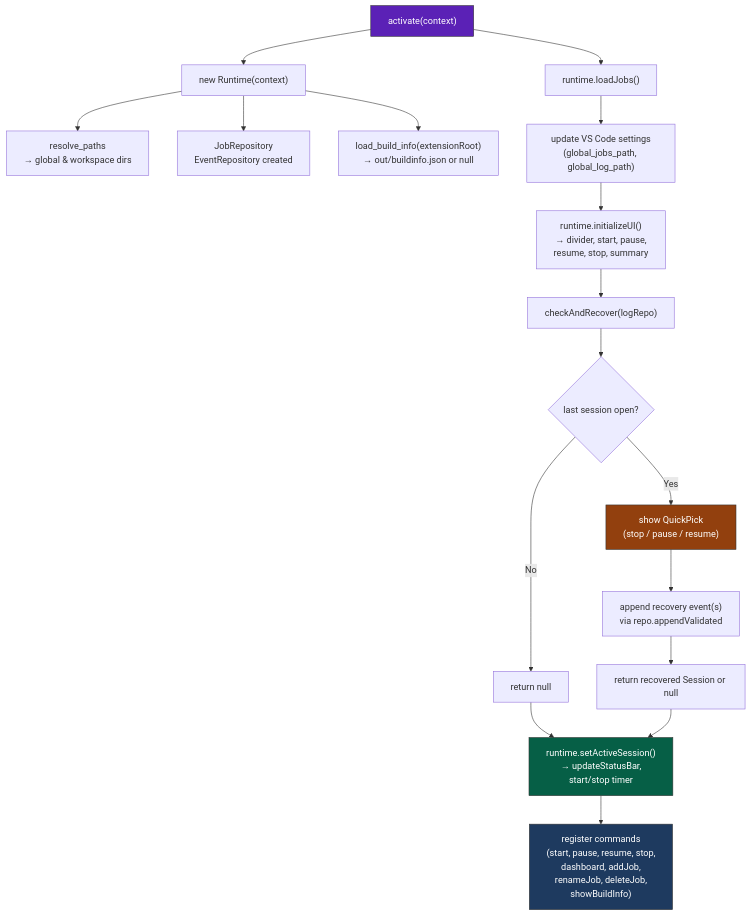
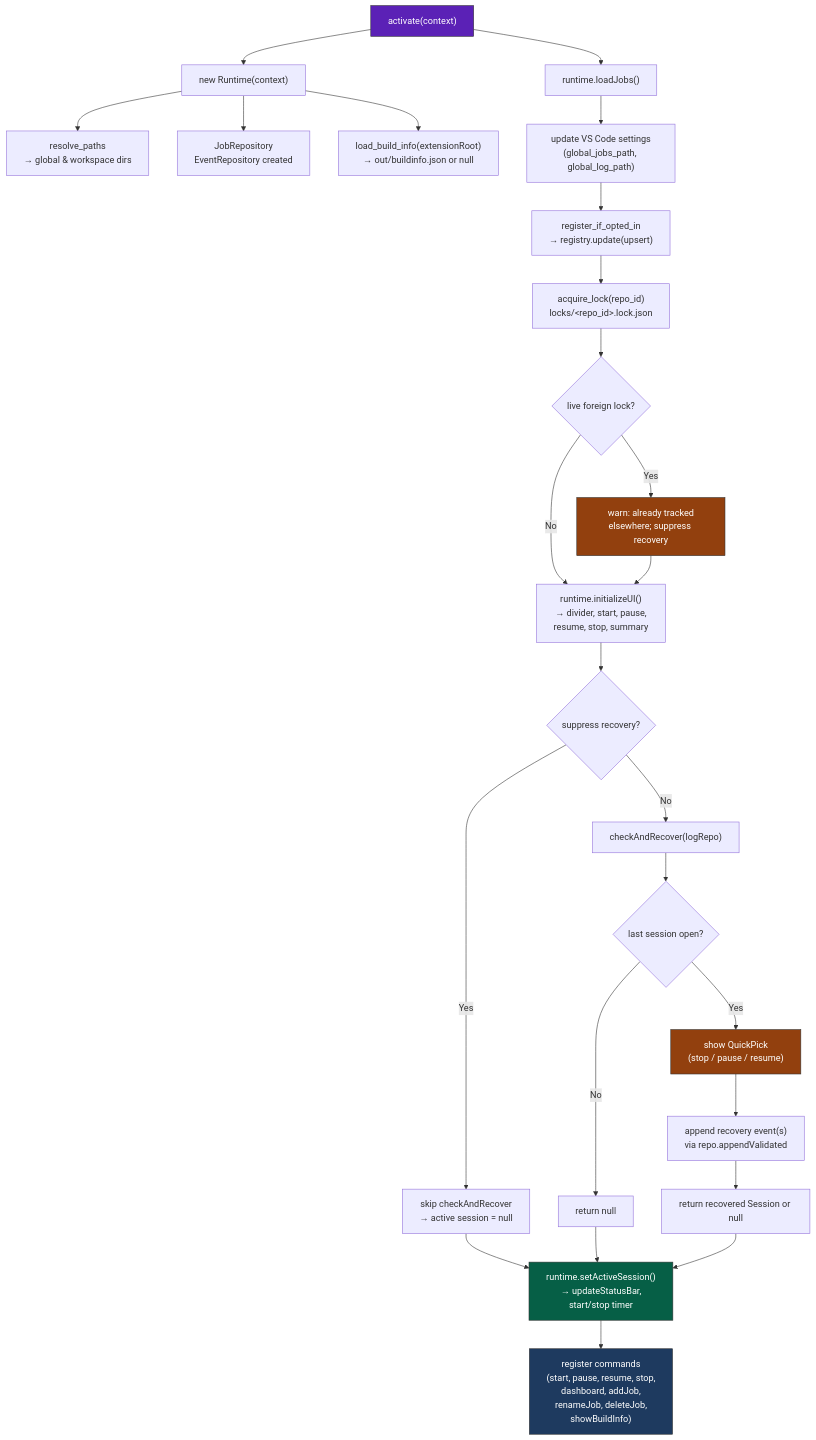
One commit to Heliman84/timescope changed the first of 8 diagrams in docs/processes.md. Above: the diagram before and after it, drawn with Mermaid. The commit also changed other lines of this file and 3 other files, not shown here.

Commit message:
docs(#47): spec locks/ section, activation lock branch, changelog, dev-log

````diff
--- a/docs/processes.md
+++ b/docs/processes.md
@@ -12,25 +12,34 @@
 ```mermaid
 flowchart TD
     A["activate(context)"] --> B["new Runtime(context)"]
     B --> B1["resolve_paths<br>→ global & workspace dirs"]
     B --> B2["JobRepository<br>EventRepository created"]
     B --> B3["load_build_info(extensionRoot)<br>→ out/buildinfo.json or null"]
     A --> C["runtime.loadJobs()"]
     C --> D["update VS Code settings<br>(global_jobs_path, global_log_path)"]
-    D --> E["runtime.initializeUI()<br>→ divider, start, pause,<br>resume, stop, summary"]
-    E --> F["checkAndRecover(logRepo)"]
-    F --> F1{"last session open?"}
-    F1 -- No --> F2["return null"]
+    D --> R["register_if_opted_in<br>→ registry.update(upsert)"]
+    R --> L["acquire_lock(repo_id)<br>locks/&lt;repo_id&gt;.lock.json"]
+    L --> L1{"live foreign lock?"}
+    L1 -- Yes --> L2["warn: already tracked<br>elsewhere; suppress recovery"]
+    L1 -- No --> E["runtime.initializeUI()<br>→ divider, start, pause,<br>resume, stop, summary"]
+    L2 --> E
+    E --> F{"suppress recovery?"}
+    F -- Yes --> F2["skip checkAndRecover<br>→ active session = null"]
+    F -- No --> F0["checkAndRecover(logRepo)"]
+    F0 --> F1{"last session open?"}
+    F1 -- No --> F2b["return null"]
     F1 -- Yes --> F3["show QuickPick<br>(stop / pause / resume)"]
     F3 --> F4["append recovery event(s)<br>via repo.appendValidated"]
     F4 --> F5["return recovered Session or null"]
     F2 --> G
+    F2b --> G
     F5 --> G
     G["runtime.setActiveSession()<br>→ updateStatusBar,<br>start/stop timer"]
     G --> H["register commands<br>(start, pause, resume, stop,<br>dashboard, addJob,<br>renameJob, deleteJob,<br>showBuildInfo)"]
 
     style A fill:#5b21b6,stroke:#333,color:#fff
     style F3 fill:#92400e,stroke:#333,color:#fff
+    style L2 fill:#92400e,stroke:#333,color:#fff
     style G fill:#065f46,stroke:#333,color:#fff
     style H fill:#1e3a5f,stroke:#333,color:#fff
 ```
````
